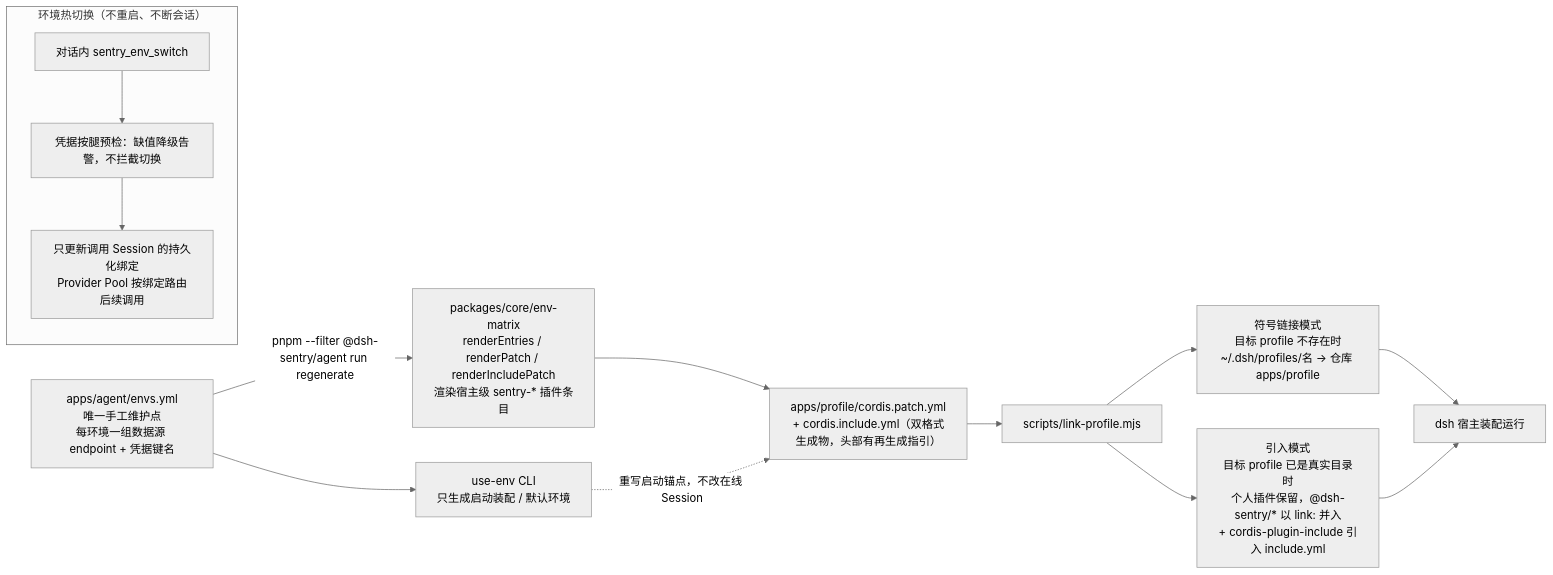
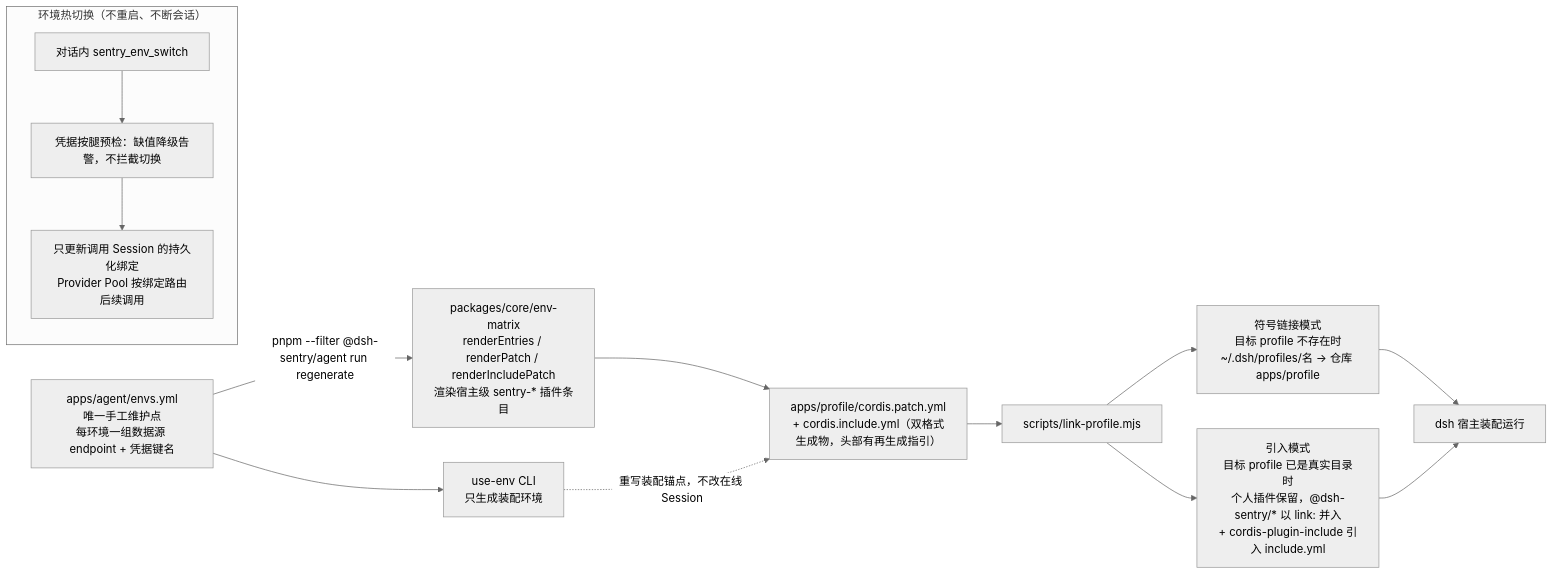
The second of 3 diagrams in docs/architecture/overview.md (lynn-hector/endurance-sage), drawn with Mermaid (neutral theme) before and after one commit. The commit also changed other lines of this file and 32 other files, not shown here.

````diff
--- a/docs/architecture/overview.md
+++ b/docs/architecture/overview.md
@@ -80,25 +80,25 @@
 ```mermaid
 flowchart LR
     envyml["apps/agent/envs.yml<br/>唯一手工维护点<br/>每环境一组数据源 endpoint + 凭据键名"]
     render["packages/core/env-matrix<br/>renderEntries / renderPatch / renderIncludePatch<br/>渲染宿主级 sentry-* 插件条目"]
     gen["apps/profile/cordis.patch.yml<br/>+ cordis.include.yml（双格式生成物，头部有再生成指引）"]
     link["scripts/link-profile.mjs"]
     sym["符号链接模式<br/>目标 profile 不存在时<br/>~/.dsh/profiles/名 → 仓库 apps/profile"]
     adopt["引入模式<br/>目标 profile 已是真实目录时<br/>个人插件保留，@dsh-sentry/* 以 link: 并入<br/>+ cordis-plugin-include 引入 include.yml"]
     run["dsh 宿主装配运行"]
 
     envyml -->|"pnpm --filter @dsh-sentry/agent run regenerate"| render --> gen --> link
     link --> sym --> run
     link --> adopt --> run
 
     subgraph hot["环境热切换（不重启、不断会话）"]
         switch["对话内 sentry_env_switch"]
         precheck["凭据按腿预检：缺值降级告警，不拦截切换"]
         binding["只更新调用 Session 的持久化绑定<br/>Provider Pool 按绑定路由后续调用"]
         switch --> precheck --> binding
     end
 
-    default["use-env CLI<br/>只生成启动装配 / 默认环境"]
+    default["use-env CLI<br/>只生成装配环境"]
     envyml --> default
-    default -.重写启动锚点，不改在线 Session.-> gen
+    default -.重写装配锚点，不改在线 Session.-> gen
 ```
````
